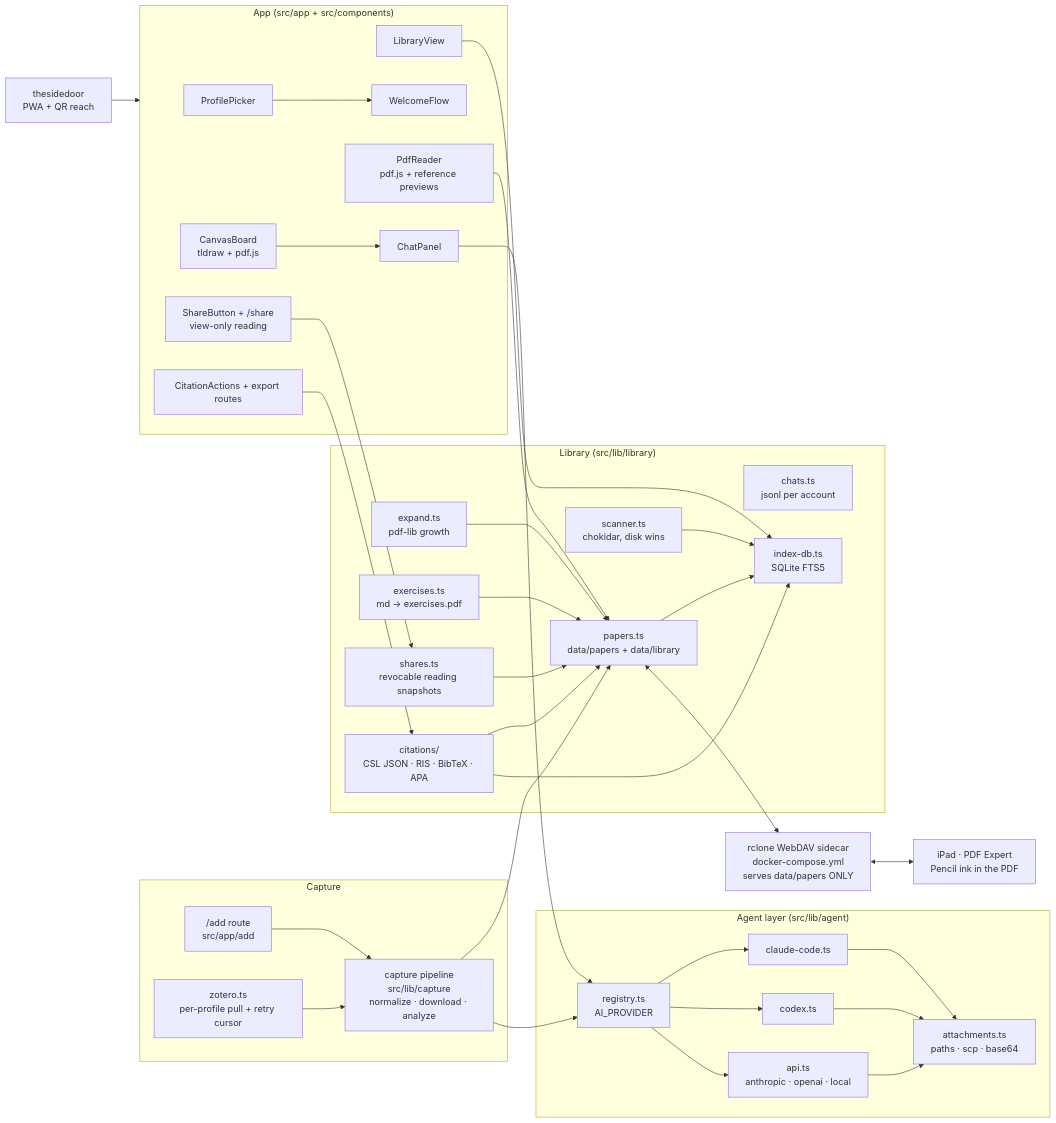
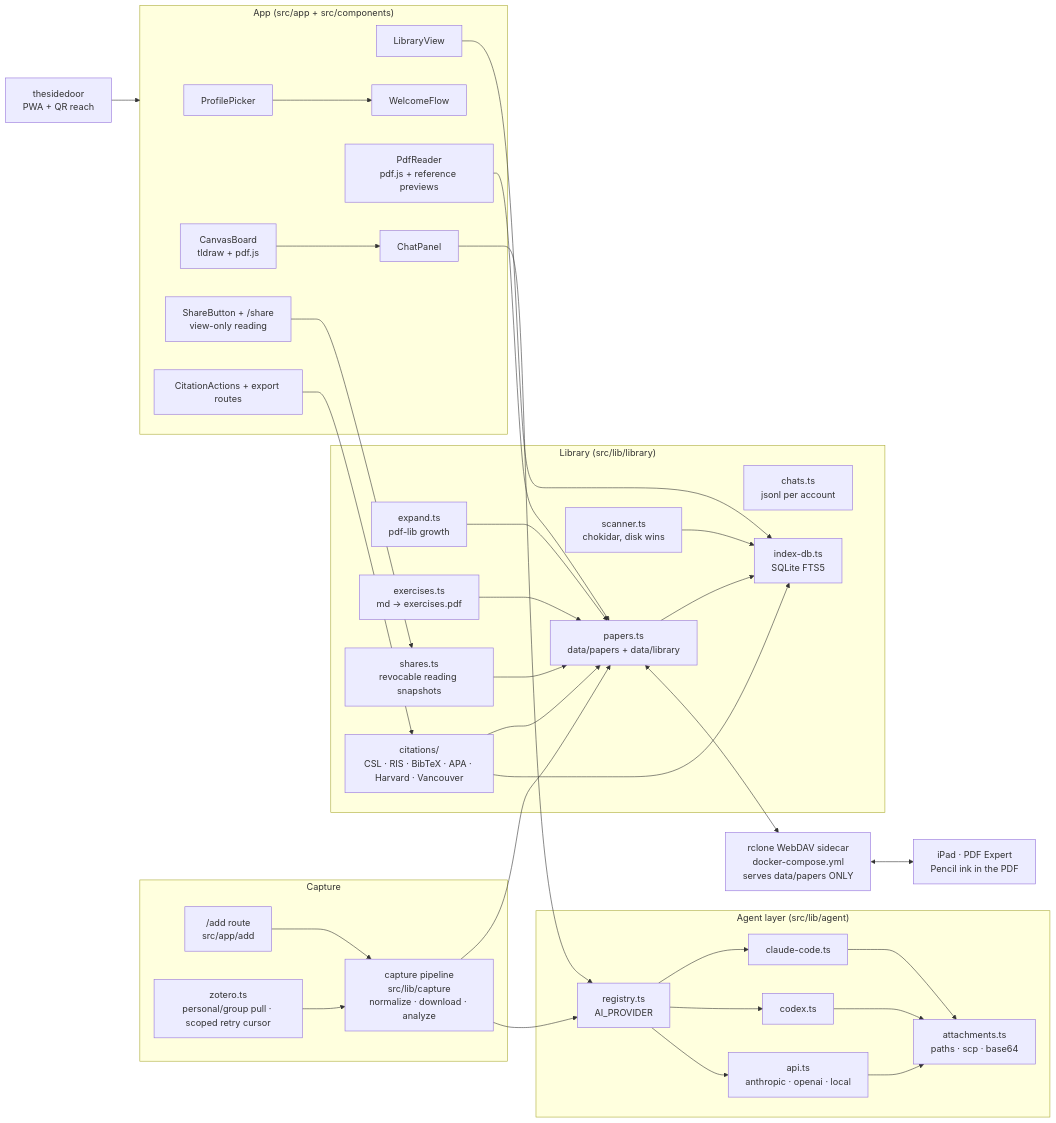
One commit to affromero/papernook changed the diagram in README.md. Above: the diagram before and after it, drawn with Mermaid. The commit also changed other lines of this file and 12 other files, not shown here.

First line of the commit message:
zotero: support scoped group library sync

````diff
--- a/README.md
+++ b/README.md
@@ -76,63 +76,63 @@
 ```mermaid
 flowchart LR
     subgraph capture["Capture"]
       add["/add route<br/>src/app/add"]
       pipe["capture pipeline<br/>src/lib/capture<br/>normalize · download · analyze"]
-      zotero["zotero.ts<br/>per-profile pull + retry cursor"]
+      zotero["zotero.ts<br/>personal/group pull · scoped retry cursor"]
     end
 
     subgraph agent["Agent layer (src/lib/agent)"]
       registry["registry.ts<br/>AI_PROVIDER"]
       claude["claude-code.ts"]
       codex["codex.ts"]
       api["api.ts<br/>anthropic · openai · local"]
       attach["attachments.ts<br/>paths · scp · base64"]
     end
 
     subgraph library["Library (src/lib/library)"]
       papers["papers.ts<br/>data/papers + data/library"]
       chats["chats.ts<br/>jsonl per account"]
       index["index-db.ts<br/>SQLite FTS5"]
       scanner["scanner.ts<br/>chokidar, disk wins"]
       expand["expand.ts<br/>pdf-lib growth"]
       exercises["exercises.ts<br/>md → exercises.pdf"]
       shares["shares.ts<br/>revocable reading snapshots"]
-      citations["citations/<br/>CSL JSON · RIS · BibTeX · APA"]
+      citations["citations/<br/>CSL · RIS · BibTeX · APA · Harvard · Vancouver"]
     end
 
     subgraph ui["App (src/app + src/components)"]
       picker["ProfilePicker"]
       libview["LibraryView"]
       chatpanel["ChatPanel"]
       pdfreader["PdfReader<br/>pdf.js + reference previews"]
       canvas["CanvasBoard<br/>tldraw + pdf.js"]
       wizard["WelcomeFlow"]
       shareview["ShareButton + /share<br/>view-only reading"]
       citeui["CitationActions + export routes"]
     end
 
     dav["rclone WebDAV sidecar<br/>docker-compose.yml<br/>serves data/papers ONLY"]
     ipad["iPad · PDF Expert<br/>Pencil ink in the PDF"]
     sidedoor["thesidedoor<br/>PWA + QR reach"]
 
     add --> pipe --> papers
     zotero --> pipe
     pipe --> registry
     chatpanel --> registry
     registry --> claude & codex & api
     claude & codex & api --> attach
     papers --> index
     scanner --> index
     papers <--> dav <--> ipad
     exercises --> papers
     shares --> papers
     shareview --> shares
     citeui --> citations --> papers
     citations --> index
     expand --> papers
     canvas --> chatpanel
     pdfreader --> papers
     libview --> index
     picker --> wizard
     sidedoor --> ui
 ```
````
